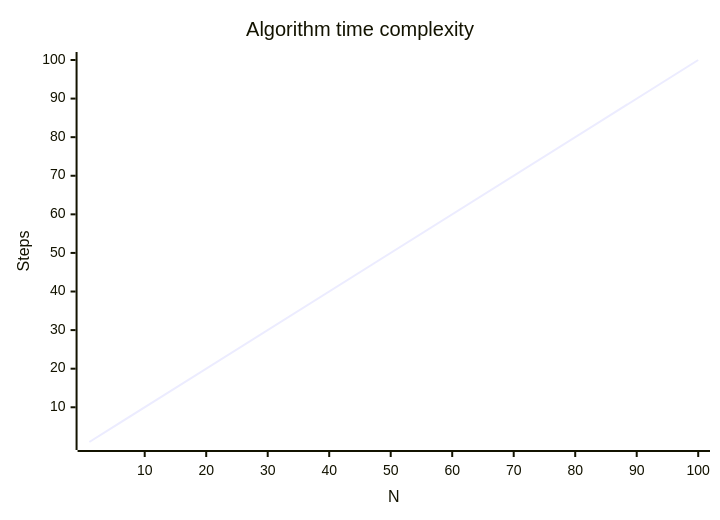
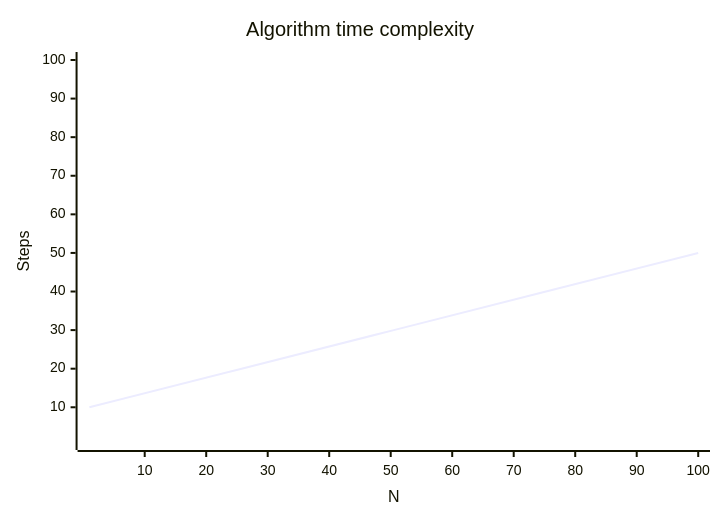
The diagram in content/03 - Resources/YouTube/"Algorithms and Data Structures Tutorial - Full Course for Beginners" by FreeCodeCamp.org.md (ALifeLivedFully-Domain/Notes.ALifeLivedFully.com), drawn with Mermaid before and after one commit. The commit also changed 1 other file, not shown here.

````diff
--- a/content/03 - Resources/YouTube/"Algorithms and Data Structures Tutorial - Full Course for Beginners" by FreeCodeCamp.org.md
+++ b/content/03 - Resources/YouTube/"Algorithms and Data Structures Tutorial - Full Course for Beginners" by FreeCodeCamp.org.md
@@ -141,7 +141,7 @@
 ```mermaid
 xychart-beta
 title "Algorithm time complexity"
 x-axis "N" 1 --> 100
 y-axis "Steps" 1 --> 100
-line [1, 100]
+line [10, 20, 30, 40, 50]
 ```
````
